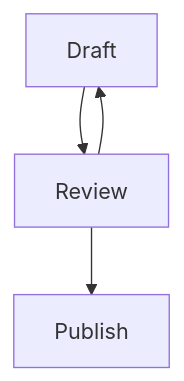
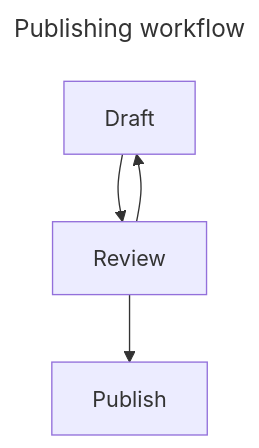
The first of 4 diagrams in src/content/posts/2026/2026-09-20-markdown-showcase/en.md (ymmt2005/cfgb-example), drawn with Mermaid before and after one commit. The commit also changed other lines of this file and 3 other files, not shown here.

````diff
--- a/src/content/posts/2026/2026-09-20-markdown-showcase/en.md
+++ b/src/content/posts/2026/2026-09-20-markdown-showcase/en.md
@@ -61,6 +63,9 @@
 ```mermaid
+---
+title: Publishing workflow
+---
 flowchart TD
   Draft["Draft"] --> Review["Review"]
   Review --> Publish["Publish"]
   Review --> Draft
 ```
````
